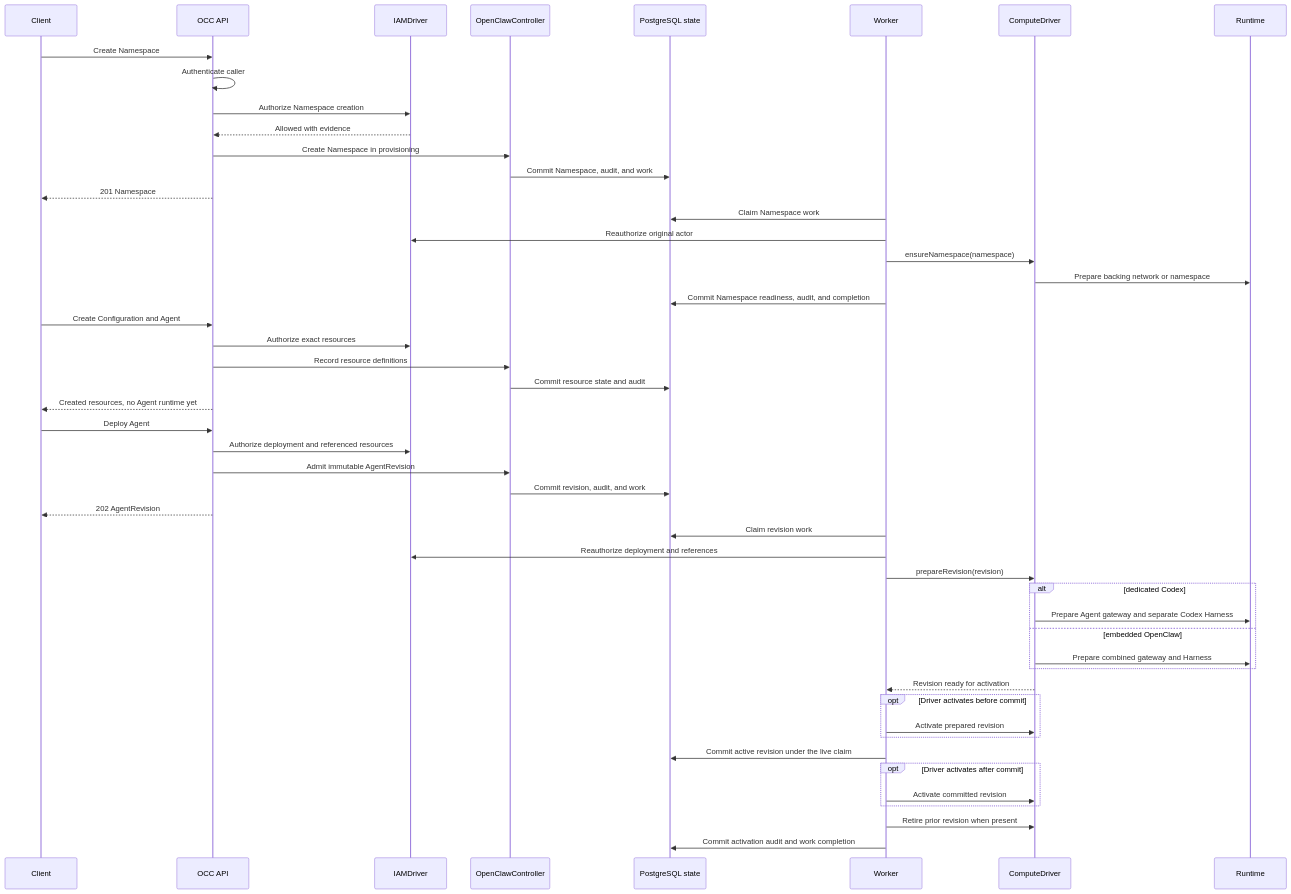
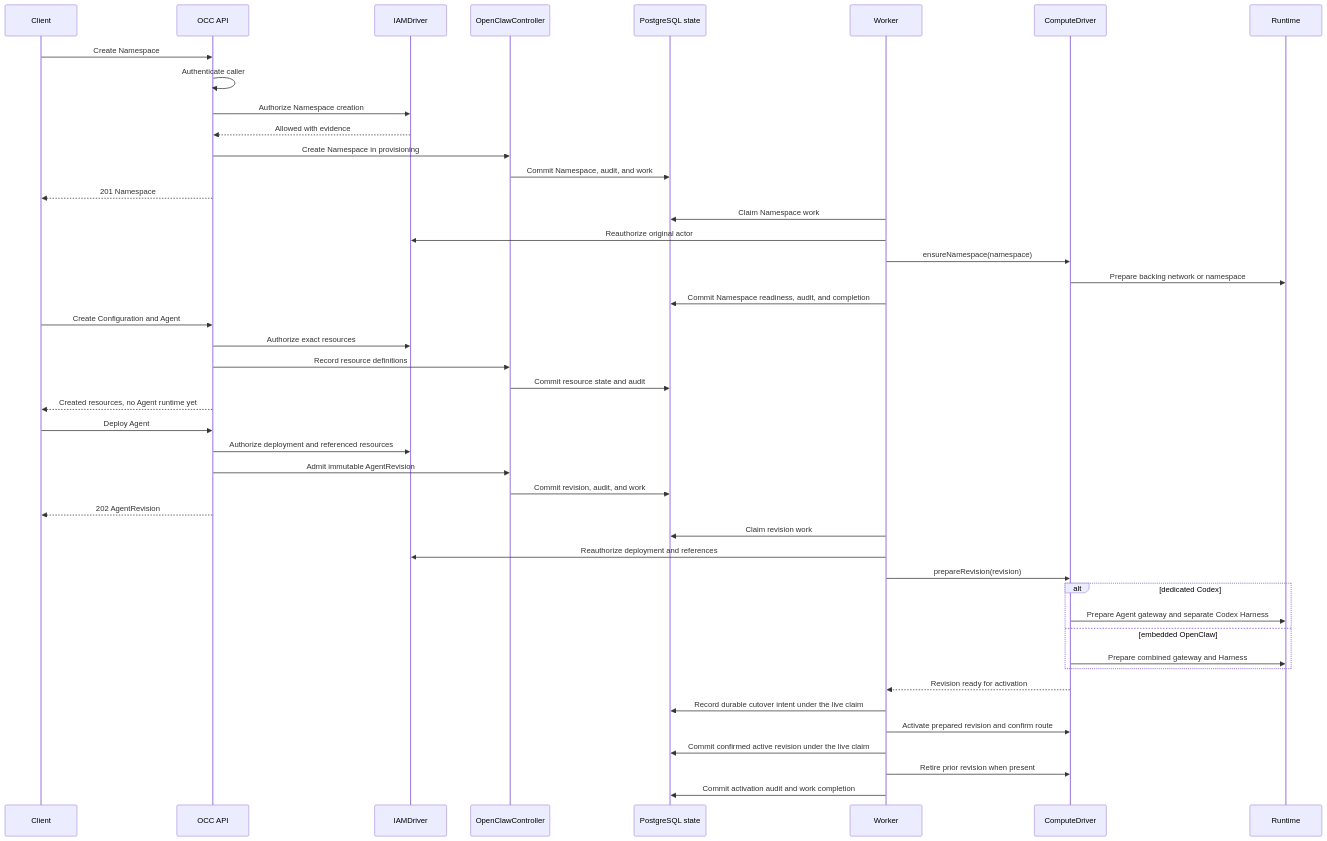
One commit to SebTardif/openclaw-enterprise changed the second of 2 diagrams in docs/ARCHITECTURE.md. Above: the diagram before and after it, drawn with Mermaid. The commit also changed other lines of this file and 36 other files, not shown here.

````diff
--- a/docs/ARCHITECTURE.md
+++ b/docs/ARCHITECTURE.md
@@ -96,54 +96,50 @@
 ```mermaid
 sequenceDiagram
     participant Client
     participant API as OCC API
     participant IAM as IAMDriver
     participant OCC as OpenClawController
     participant DB as PostgreSQL state
     participant Worker
     participant Compute as ComputeDriver
     participant Runtime
 
     Client->>API: Create Namespace
     API->>API: Authenticate caller
     API->>IAM: Authorize Namespace creation
     IAM-->>API: Allowed with evidence
     API->>OCC: Create Namespace in provisioning
     OCC->>DB: Commit Namespace, audit, and work
     API-->>Client: 201 Namespace
     Worker->>DB: Claim Namespace work
     Worker->>IAM: Reauthorize original actor
     Worker->>Compute: ensureNamespace(namespace)
     Compute->>Runtime: Prepare backing network or namespace
     Worker->>DB: Commit Namespace readiness, audit, and completion
 
     Client->>API: Create Configuration and Agent
     API->>IAM: Authorize exact resources
     API->>OCC: Record resource definitions
     OCC->>DB: Commit resource state and audit
     API-->>Client: Created resources, no Agent runtime yet
 
     Client->>API: Deploy Agent
     API->>IAM: Authorize deployment and referenced resources
     API->>OCC: Admit immutable AgentRevision
     OCC->>DB: Commit revision, audit, and work
     API-->>Client: 202 AgentRevision
     Worker->>DB: Claim revision work
     Worker->>IAM: Reauthorize deployment and references
     Worker->>Compute: prepareRevision(revision)
     alt dedicated Codex
         Compute->>Runtime: Prepare Agent gateway and separate Codex Harness
     else embedded OpenClaw
         Compute->>Runtime: Prepare combined gateway and Harness
     end
     Compute-->>Worker: Revision ready for activation
-    opt Driver activates before commit
-        Worker->>Compute: Activate prepared revision
-    end
-    Worker->>DB: Commit active revision under the live claim
-    opt Driver activates after commit
-        Worker->>Compute: Activate committed revision
-    end
+    Worker->>DB: Record durable cutover intent under the live claim
+    Worker->>Compute: Activate prepared revision and confirm route
+    Worker->>DB: Commit confirmed active revision under the live claim
     Worker->>Compute: Retire prior revision when present
     Worker->>DB: Commit activation audit and work completion
 ```
````
